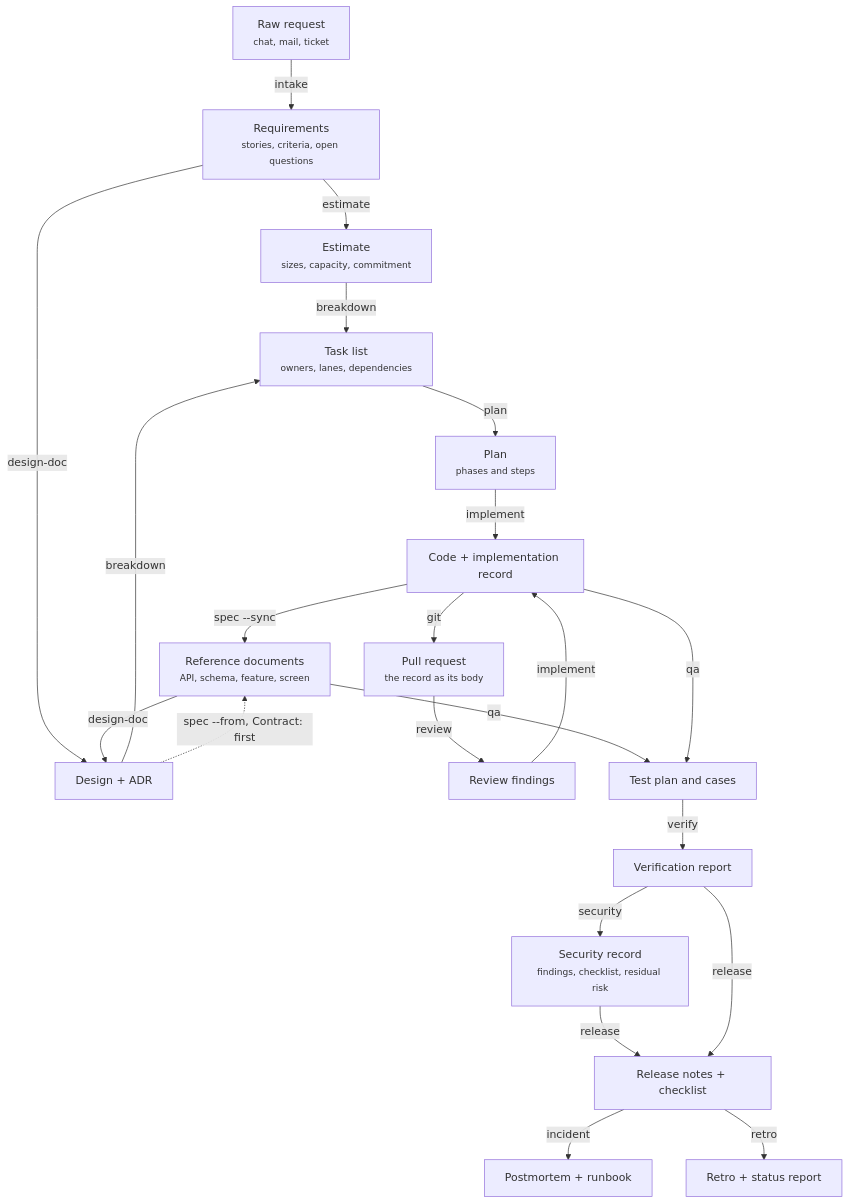
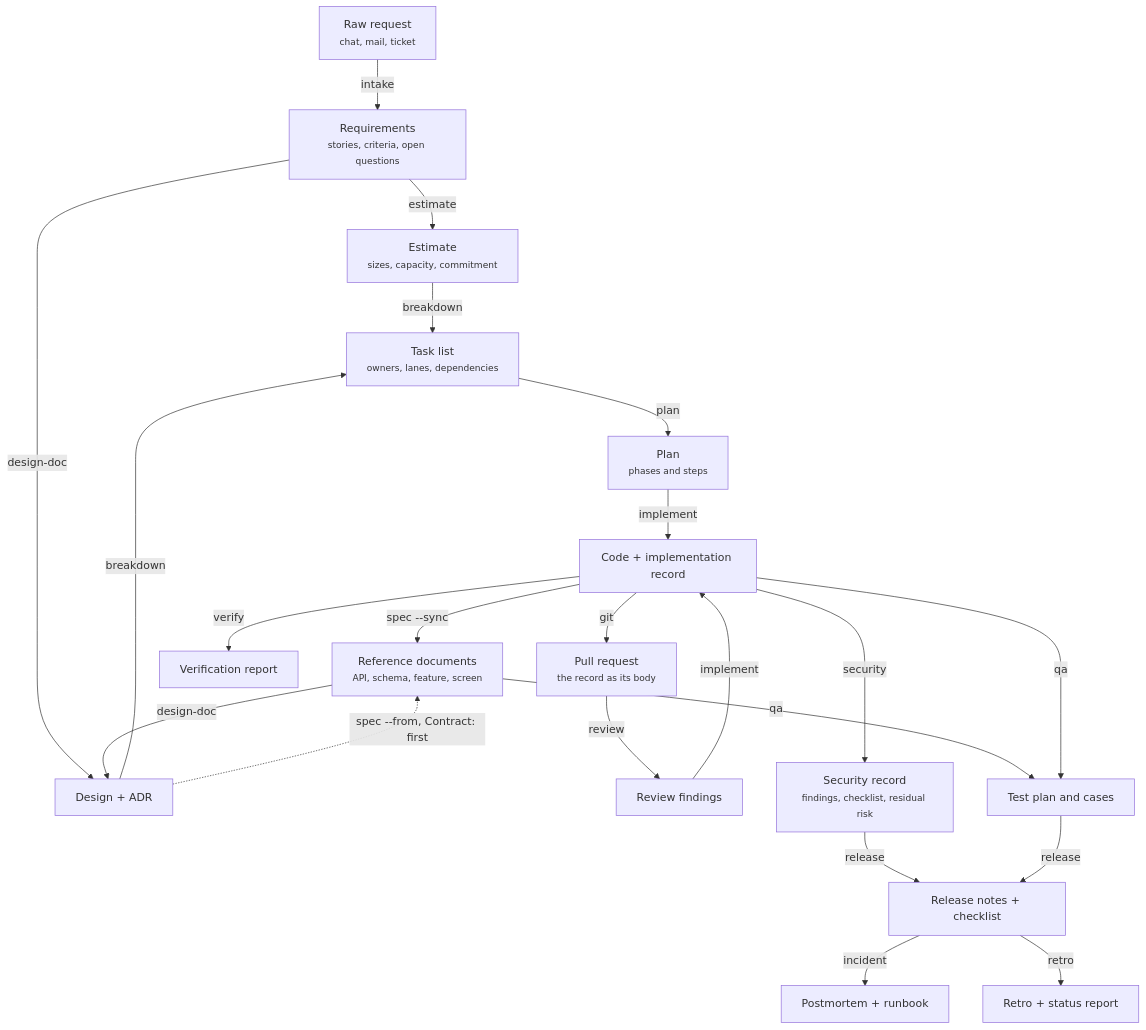
Before and after one commit to lamngockhuong/aiteamkit: the diagram in docs/flow/skill-chain.md, drawn with Mermaid. The commit also changed other lines of this file and 24 other files, not shown here.

First line of the commit message:
feat(qa)!: rename --run to --record, move verify into the build phase, take security out of the cycle (#85)

````diff
--- a/docs/flow/skill-chain.md
+++ b/docs/flow/skill-chain.md
@@ -15,41 +15,41 @@
 ```mermaid
 flowchart TD
     A0["Raw request<br/><small>chat, mail, ticket</small>"]
     A1["Requirements<br/><small>stories, criteria, open questions</small>"]
     A2["Estimate<br/><small>sizes, capacity, commitment</small>"]
     A3["Design + ADR"]
     A3b["Reference documents<br/><small>API, schema, feature, screen</small>"]
     A4["Task list<br/><small>owners, lanes, dependencies</small>"]
     A5["Plan<br/><small>phases and steps</small>"]
     A6["Code + implementation record"]
     A6b["Pull request<br/><small>the record as its body</small>"]
     A7["Review findings"]
     A8["Test plan and cases"]
     A9["Verification report"]
     A9b["Security record<br/><small>findings, checklist, residual risk</small>"]
     A10["Release notes + checklist"]
     A11["Postmortem + runbook"]
     A12["Retro + status report"]
 
     A0 -->|intake| A1
     A1 -->|estimate| A2
     A1 -->|design-doc| A3
     A2 -->|breakdown| A4
     A3 -->|breakdown| A4
     A3b -->|design-doc| A3
     A4 -->|plan| A5
     A5 -->|implement| A6
     A6 -->|git| A6b
     A6b -->|review| A7
     A7 -->|implement| A6
     A6 -->|spec --sync| A3b
     A3 -.->|spec --from, Contract: first| A3b
     A3b -->|qa| A8
     A6 -->|qa| A8
-    A8 -->|verify| A9
-    A9 -->|security| A9b
+    A6 -->|verify| A9
+    A6 -->|security| A9b
     A9b -->|release| A10
-    A9 -->|release| A10
+    A8 -->|release| A10
     A10 -->|incident| A11
     A10 -->|retro| A12
 ```
````
